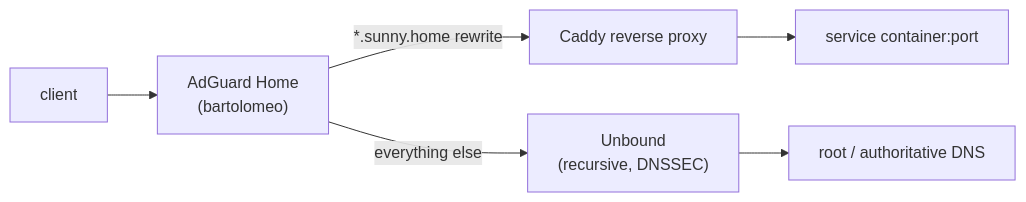
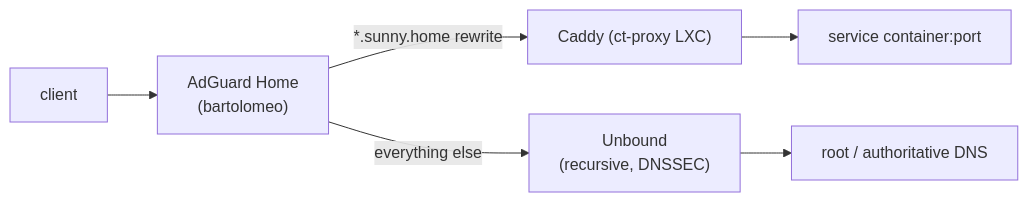
One commit to reroute-retake/thousand-sunny changed the second of 2 diagrams in docs/02-network.md. Above: the diagram before and after it, drawn with Mermaid. The commit also changed other lines of this file and 16 other files, not shown here.

Commit message:
v1.4 - hardening #2: split web/identity tier to ct-proxy LXC, break-glass, rpool mirror/RTO, sandbox auto-off

````diff
--- a/docs/02-network.md
+++ b/docs/02-network.md
@@ -102,8 +102,8 @@
 ```mermaid
 flowchart LR
     C["client"] --> AGH["AdGuard Home<br/>(bartolomeo)"]
-    AGH -->|"*.sunny.home rewrite"| CADDY["Caddy reverse proxy"]
+    AGH -->|"*.sunny.home rewrite"| CADDY["Caddy (ct-proxy LXC)"]
     AGH -->|everything else| UNB["Unbound<br/>(recursive, DNSSEC)"]
     UNB --> ROOT["root / authoritative DNS"]
     CADDY --> SVC["service container:port"]
 ```
````
